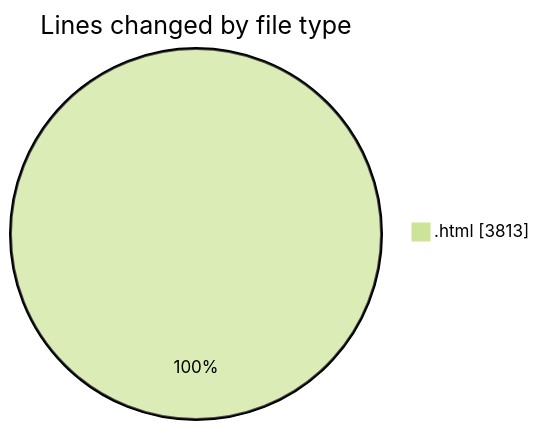
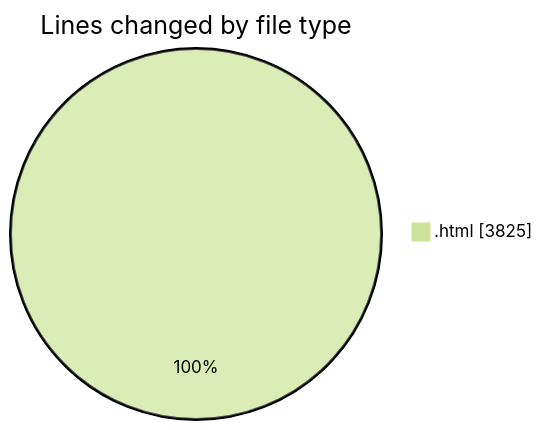
Before and after one commit to nxtqubesakshisongat/code-tracking: the first of 2 diagrams in 2025-08-10/nxtqube_webapp/README.md, drawn with Mermaid (forest theme). The commit also changed other lines of this file and 1 other file, not shown here.

````diff
--- a/2025-08-10/nxtqube_webapp/README.md
+++ b/2025-08-10/nxtqube_webapp/README.md
@@ -21,5 +21,5 @@
 ```mermaid
 pie showData
 title Lines changed by file type
-".html" : 3813
+".html" : 3825
 ```
````
